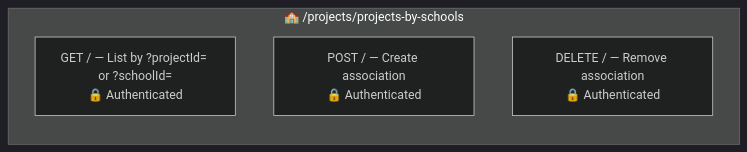
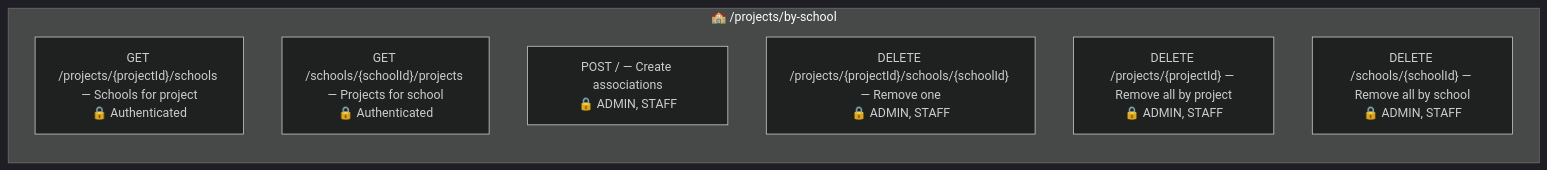
The third of 9 diagrams in src/main/java/br/org/catolicasc/pug/project/README.md (Plataforma-Universidade-Gratuita/pug-service), drawn with Mermaid (dark theme) before and after one commit. The commit also changed other lines of this file and 227 other files, not shown here.

````diff
--- a/src/main/java/br/org/catolicasc/pug/project/README.md
+++ b/src/main/java/br/org/catolicasc/pug/project/README.md
@@ -161,9 +162,12 @@
 ```mermaid
 graph LR
-    subgraph PBS["🏫 /projects/projects-by-schools"]
+    subgraph PBS["🏫 /projects/by-school"]
         direction TB
-        GET_LIST["GET / — List by ?projectId= or ?schoolId=<br/>🔒 Authenticated"]
-        POST["POST / — Create association<br/>🔒 Authenticated"]
-        DELETE["DELETE / — Remove association<br/>🔒 Authenticated"]
+        GET_SCHOOLS["GET /projects/{projectId}/schools — Schools for project<br/>🔒 Authenticated"]
+        GET_PROJECTS["GET /schools/{schoolId}/projects — Projects for school<br/>🔒 Authenticated"]
+        POST["POST / — Create associations<br/>🔒 ADMIN, STAFF"]
+        DELETE_ONE["DELETE /projects/{projectId}/schools/{schoolId} — Remove one<br/>🔒 ADMIN, STAFF"]
+        DELETE_PROJ["DELETE /projects/{projectId} — Remove all by project<br/>🔒 ADMIN, STAFF"]
+        DELETE_SCHOOL["DELETE /schools/{schoolId} — Remove all by school<br/>🔒 ADMIN, STAFF"]
     end
 ```
````
